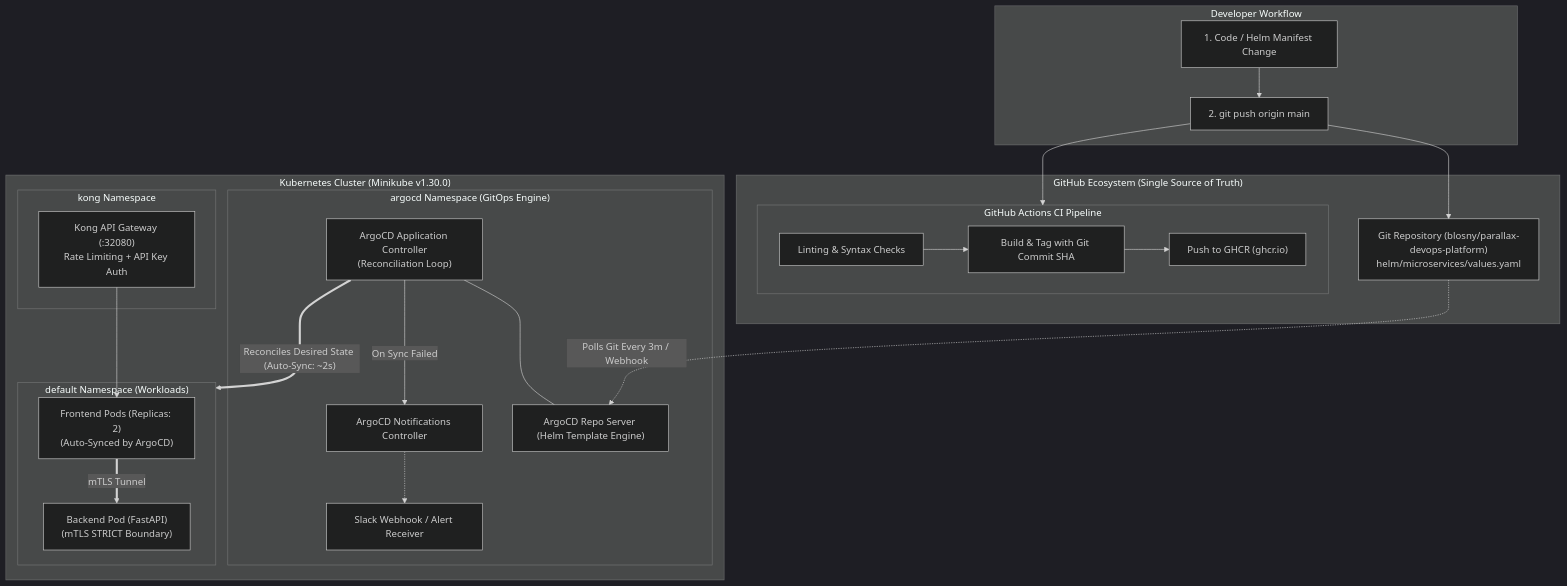
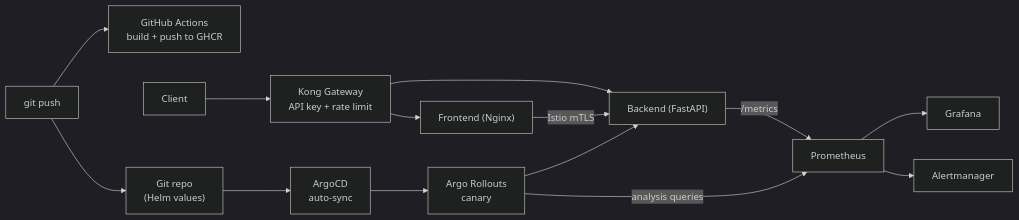
Before and after one commit to blosny/parallax-devops-platform: the diagram in README.md, drawn with Mermaid (dark theme). The commit also changed other lines of this file and 1 other file, not shown here.

````diff
--- a/README.md
+++ b/README.md
@@ -280,47 +61,18 @@
 ```mermaid
-graph TB
-    subgraph Developer["Developer Workflow"]
-        CodeChange["1. Code / Helm Manifest Change"]
-        GitPush["2. git push origin main"]
-        CodeChange --> GitPush
-    end
+graph LR
+    Dev["git push"] --> CI["GitHub Actions<br/>build + push to GHCR"]
+    Dev --> Git["Git repo<br/>(Helm values)"]
+    Git --> Argo["ArgoCD<br/>auto-sync"]
+    Argo --> Rollouts["Argo Rollouts<br/>canary"]
 
-    subgraph GitHub["GitHub Ecosystem (Single Source of Truth)"]
-        Repo["Git Repository (blosny/parallax-devops-platform)<br/>helm/microservices/values.yaml"]
-        subgraph CI["GitHub Actions CI Pipeline"]
-            LintTest["Linting & Syntax Checks"]
-            BuildImg["Build & Tag with Git Commit SHA"]
-            PushGHCR["Push to GHCR (ghcr.io)"]
-            LintTest --> BuildImg --> PushGHCR
-        end
-        GitPush --> Repo
-        GitPush --> CI
-    end
+    Client["Client"] --> Kong["Kong Gateway<br/>API key + rate limit"]
+    Kong --> FE["Frontend (Nginx)"]
+    Kong --> BE["Backend (FastAPI)"]
+    FE -->|"Istio mTLS"| BE
+    Rollouts --> BE
 
-    subgraph K8s["Kubernetes Cluster (Minikube v1.30.0)"]
-        subgraph ArgoCD["argocd Namespace (GitOps Engine)"]
-            AppController["ArgoCD Application Controller<br/>(Reconciliation Loop)"]
-            RepoServer["ArgoCD Repo Server (Helm Template Engine)"]
-            NotifController["ArgoCD Notifications Controller"]
-            SlackAlerts["Slack Webhook / Alert Receiver"]
-
-            AppController --- RepoServer
-            AppController -->|"On Sync Failed"| NotifController
-            NotifController -.-> SlackAlerts
-        end
-
-        subgraph DefaultNS["default Namespace (Workloads)"]
-            FrontendPods["Frontend Pods (Replicas: 2)<br/>(Auto-Synced by ArgoCD)"]
-            BackendPods["Backend Pod (FastAPI)<br/>(mTLS STRICT Boundary)"]
-        end
-
-        subgraph KongNS["kong Namespace"]
-            KongProxy["Kong API Gateway (:32080)<br/>Rate Limiting + API Key Auth"]
-        end
-    end
-
-    Repo -.->|"Polls Git Every 3m / Webhook"| RepoServer
-    AppController ==>|"Reconciles Desired State (Auto-Sync: ~2s)"| DefaultNS
-    KongProxy --> FrontendPods
-    FrontendPods ==>|"mTLS Tunnel"| BackendPods
+    BE -->|"/metrics"| Prom["Prometheus"]
+    Prom --> Graf["Grafana"]
+    Prom --> AM["Alertmanager"]
+    Rollouts -->|"analysis queries"| Prom
 ```
````
